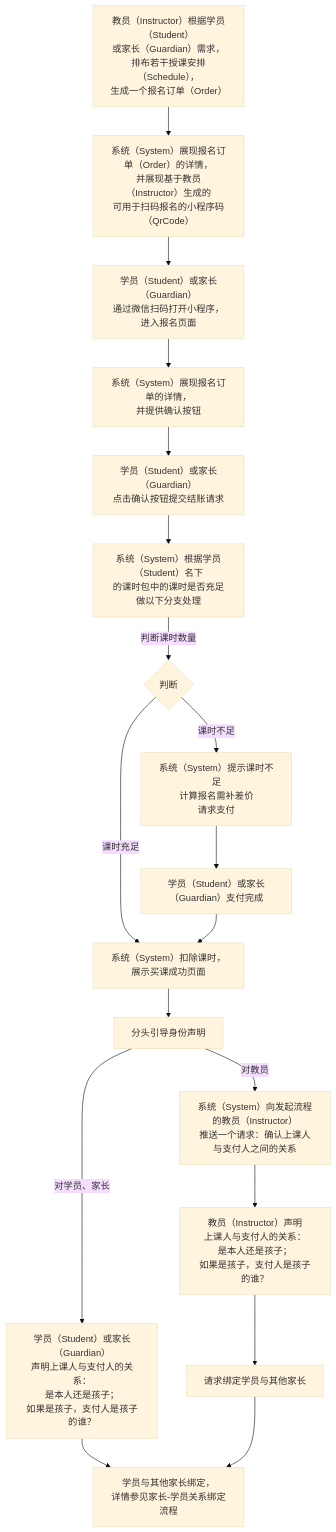
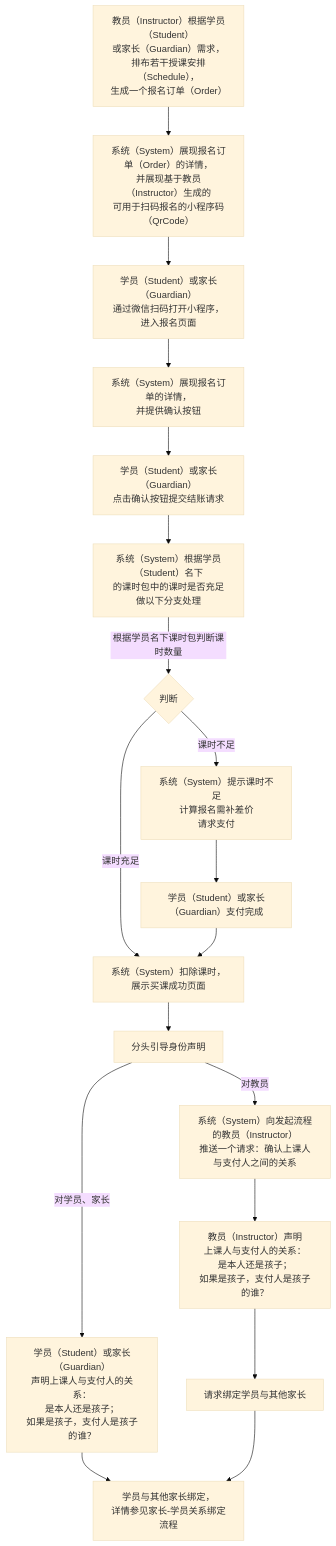
One commit to world-wide-web/sign changed the diagram in 用例/报名.md. Above: the diagram before and after it, drawn with Mermaid (base theme). The commit also changed other lines of this file, not shown here.

Commit message:
用例/报名.md updated from https://stackedit.io/

````diff
--- a/用例/报名.md
+++ b/用例/报名.md
@@ -7,51 +7,51 @@
 ```mermaid
 graph TD
 
 生成报名订单-->生成报名码
 生成报名码-->扫码报名
 扫码报名-->展现报名订单
 展现报名订单-->确认并提交结账请求
 确认并提交结账请求-->检查课时数量
-检查课时数量--判断课时数量-->判断课时数量
+检查课时数量--根据学员名下课时包判断课时数量-->判断课时数量
 判断课时数量--课时充足-->扣课时并提示买课成功
 判断课时数量--课时不足-->请求支付
 请求支付-->支付完成
 支付完成-->扣课时并提示买课成功
 扣课时并提示买课成功-->分头引导身份声明
 分头引导身份声明--"对教员"-->请求身份声明
 分头引导身份声明--"对学员、家长"-->支付人身份声明
 请求身份声明-->教员代理身份声明
 教员代理身份声明-->请求绑定学员与其他家长
 支付人身份声明-->学员与其他家长绑定
 请求绑定学员与其他家长-->学员与其他家长绑定
 
 生成报名订单["<center>教员（Instructor）根据学员（Student）<br>或家长（Guardian）需求，<br>排布若干授课安排（Schedule），<br>生成一个报名订单（Order）</center>"]
 
 生成报名码["<center>系统（System）展现报名订单（Order）的详情，<br>并展现基于教员（Instructor）生成的<br>可用于扫码报名的小程序码（QrCode）</center>"]
 
 扫码报名["<center>学员（Student）或家长（Guardian）<br>通过微信扫码打开小程序，进入报名页面</center>"]
 
 展现报名订单["<center>系统（System）展现报名订单的详情，<br>并提供确认按钮</center>"]
 
 确认并提交结账请求["<center>学员（Student）或家长（Guardian）<br>点击确认按钮提交结账请求</center>"]
 
 检查课时数量["<center>系统（System）根据学员（Student）名下<br>的课时包中的课时是否充足做以下分支处理</center>"]
 
 判断课时数量{"<center>判断</center>"}
 
 请求支付["<center>系统（System）提示课时不足<br>计算报名需补差价<br>请求支付</center>"]
 
 支付完成["<center>学员（Student）或家长（Guardian）支付完成</center>"]
 
 扣课时并提示买课成功["<center>系统（System）扣除课时，展示买课成功页面</center>"]
 
 请求身份声明["<center>系统（System）向发起流程的教员（Instructor）<br>推送一个请求：确认上课人与支付人之间的关系</center>"]
 
 支付人身份声明["<center>学员（Student）或家长（Guardian）<br>声明上课人与支付人的关系：<br>是本人还是孩子；<br>如果是孩子，支付人是孩子的谁？</center>"]
 
 教员代理身份声明["<center>教员（Instructor）声明<br>上课人与支付人的关系：<br>是本人还是孩子；<br>如果是孩子，支付人是孩子的谁？</center>"]
 
 请求绑定学员与其他家长
 
 学员与其他家长绑定["<center>学员与其他家长绑定，<br>详情参见家长-学员关系绑定流程</center>"]
 ```
````
